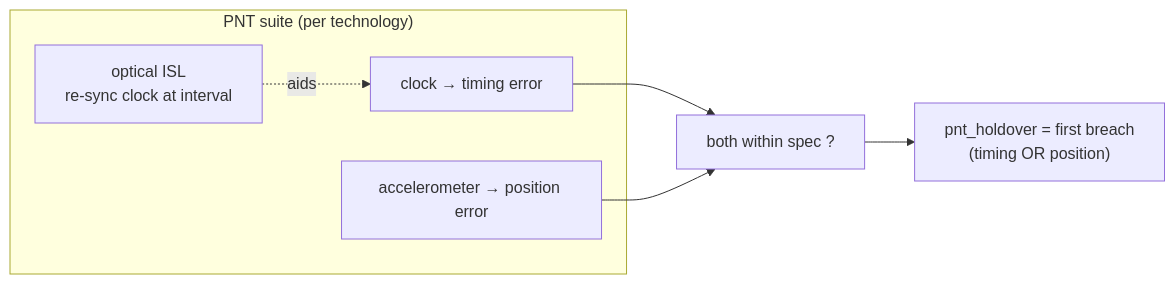
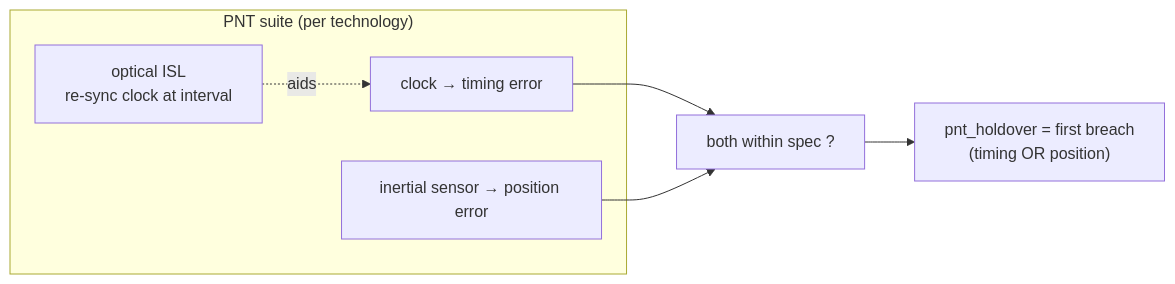
One commit to ashfordeOU/kshana changed the fifth of 6 diagrams in docs/ARCHITECTURE.md. Above: the diagram before and after it, drawn with Mermaid. The commit also changed other lines of this file and 2 other files, not shown here.

First line of the commit message:
Bring README and architecture docs current with the engine

````diff
--- a/docs/ARCHITECTURE.md
+++ b/docs/ARCHITECTURE.md
@@ -150,11 +176,11 @@
 ```mermaid
 flowchart LR
     subgraph suite["PNT suite (per technology)"]
       clk["clock → timing error"]
-      acc["accelerometer → position error"]
+      acc["inertial sensor → position error"]
       isl["optical ISL<br/>re-sync clock at interval"] -. aids .-> clk
     end
     clk --> J["both within spec ?"]
     acc --> J
     J --> P["pnt_holdover = first breach<br/>(timing OR position)"]
 ```
````
